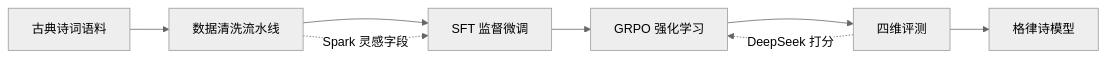
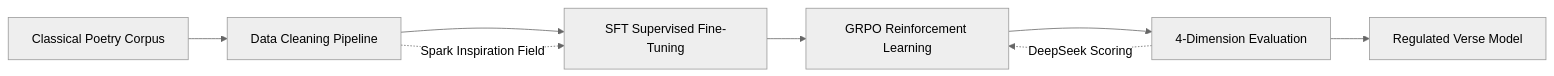
One commit to sudoplayer/chinese-poetry-llm changed the diagram in README.md. Above: the diagram before and after it, drawn with Mermaid (neutral theme). The commit also changed other lines of this file and 2 other files, not shown here.

````diff
--- a/README.md
+++ b/README.md
@@ -26,11 +28,11 @@
 ```mermaid
 flowchart LR
-    A[古典诗词语料] --> B[数据清洗流水线]
-    B --> C[SFT 监督微调]
-    C --> D[GRPO 强化学习]
-    D --> E[四维评测]
-    E --> F[格律诗模型]
+    A[Classical Poetry Corpus] --> B[Data Cleaning Pipeline]
+    B --> C[SFT Supervised Fine-Tuning]
+    C --> D[GRPO Reinforcement Learning]
+    D --> E[4-Dimension Evaluation]
+    E --> F[Regulated Verse Model]
 
-    B -.->|Spark 灵感字段| C
-    E -.->|DeepSeek 打分| D
+    B -.->|Spark Inspiration Field| C
+    E -.->|DeepSeek Scoring| D
 ```
````
